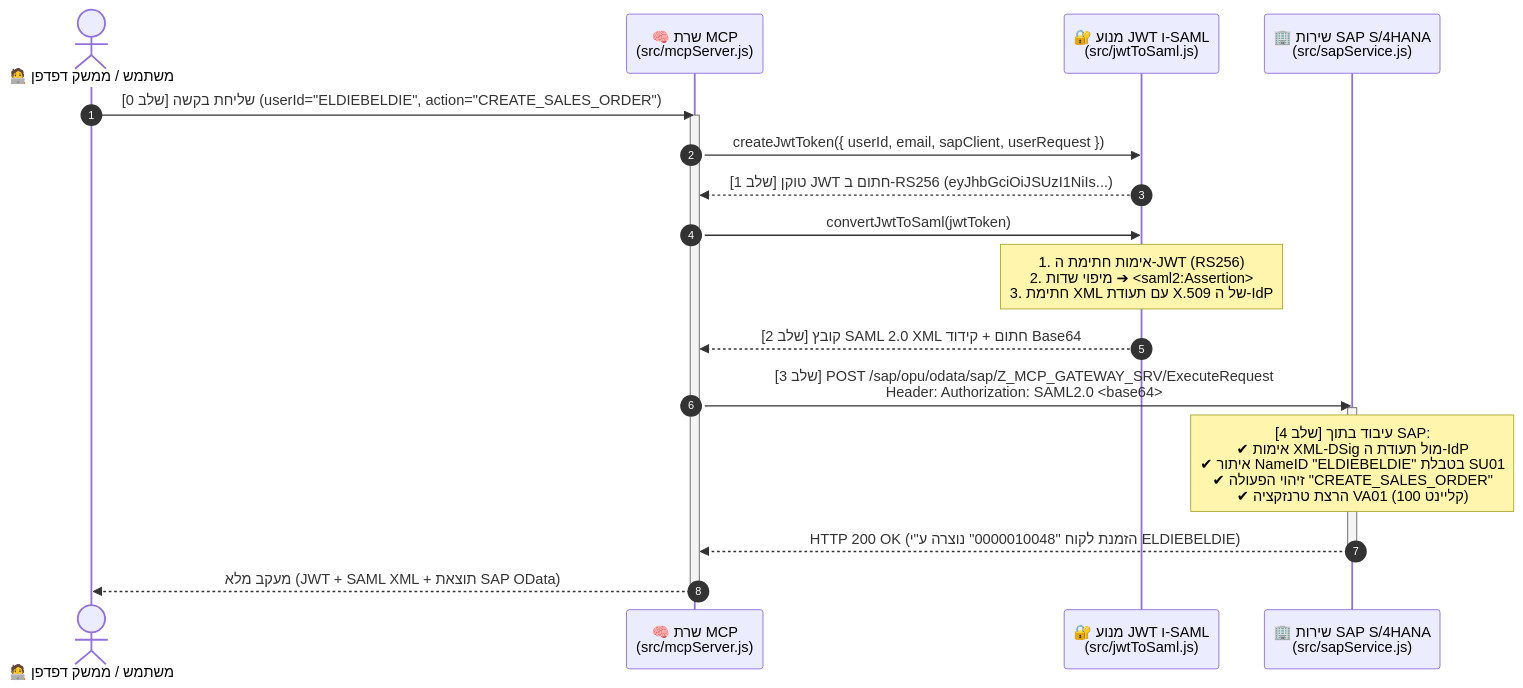
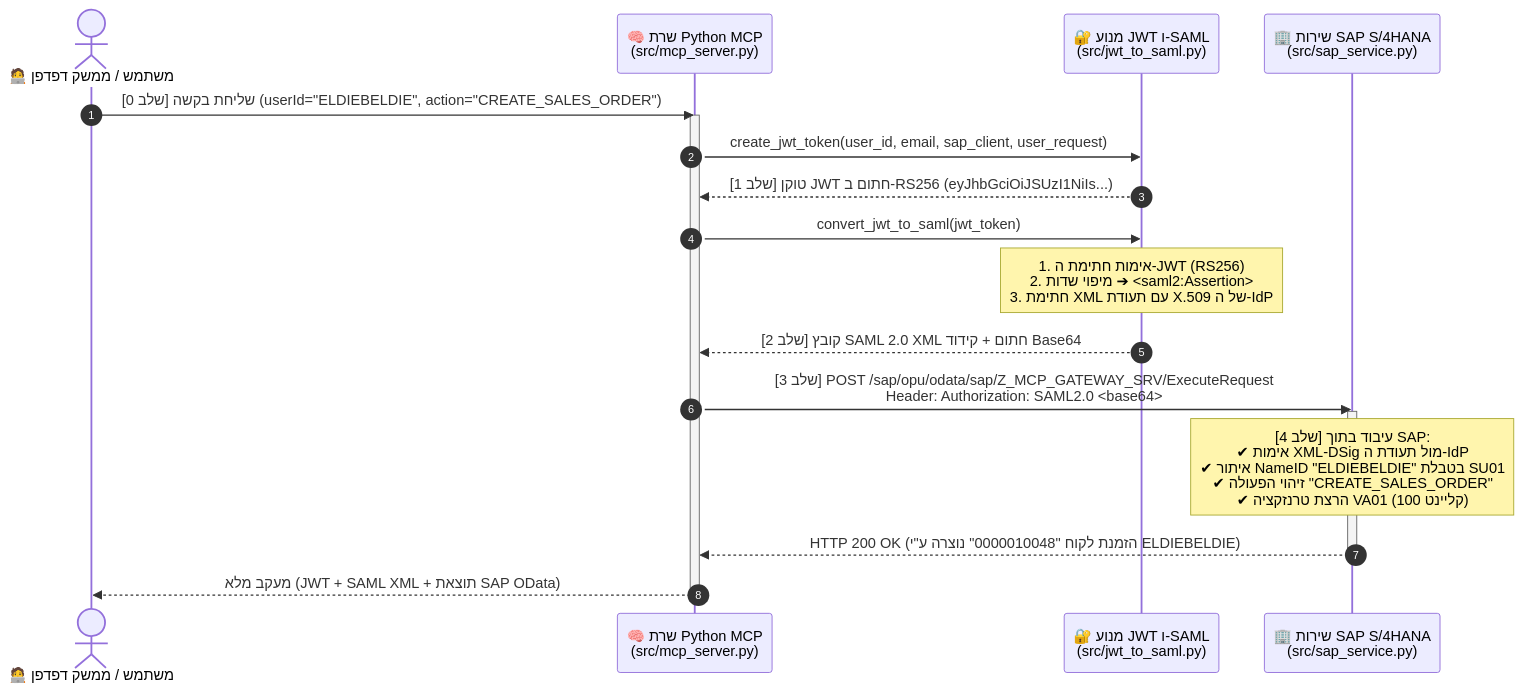
One commit to eldarfundbox/jwttosaml changed the second of 2 diagrams in README.he.md. Above: the diagram before and after it, drawn with Mermaid. The commit also changed other lines of this file and 1 other file, not shown here.

Commit message:
docs: update English and Hebrew READMEs for Python runtime and FastAPI stack

````diff
--- a/README.he.md
+++ b/README.he.md
@@ -90,26 +91,26 @@
 ```mermaid
 sequenceDiagram
     autonumber
     actor User as 🧑‍💻 משתמש / ממשק דפדפן
-    participant MCP as 🧠 שרת MCP<br/>(src/mcpServer.js)
-    participant Crypto as 🔐 מנוע JWT ו-SAML<br/>(src/jwtToSaml.js)
-    participant SAP as 🏢 שירות SAP S/4HANA<br/>(src/sapService.js)
+    participant MCP as 🧠 שרת Python MCP<br/>(src/mcp_server.py)
+    participant Crypto as 🔐 מנוע JWT ו-SAML<br/>(src/jwt_to_saml.py)
+    participant SAP as 🏢 שירות SAP S/4HANA<br/>(src/sap_service.py)
 
     User->>MCP: [שלב 0] שליחת בקשה (userId="ELDIEBELDIE", action="CREATE_SALES_ORDER")
     activate MCP
-    MCP->>Crypto: createJwtToken({ userId, email, sapClient, userRequest })
+    MCP->>Crypto: create_jwt_token(user_id, email, sap_client, user_request)
     Crypto-->>MCP: [שלב 1] טוקן JWT חתום ב-RS256 (eyJhbGciOiJSUzI1NiIs...)
 
-    MCP->>Crypto: convertJwtToSaml(jwtToken)
+    MCP->>Crypto: convert_jwt_to_saml(jwt_token)
     Note over Crypto: 1. אימות חתימת ה-JWT (RS256)<br/>2. מיפוי שדות ➔ <saml2:Assertion><br/>3. חתימת XML עם תעודת X.509 של ה-IdP
     Crypto-->>MCP: [שלב 2] קובץ SAML 2.0 XML חתום + קידוד Base64
 
     MCP->>SAP: [שלב 3] POST /sap/opu/odata/sap/Z_MCP_GATEWAY_SRV/ExecuteRequest<br/>Header: Authorization: SAML2.0 <base64>
     activate SAP
     Note over SAP: [שלב 4] עיבוד בתוך SAP:<br/>✔ אימות XML-DSig מול תעודת ה-IdP<br/>✔ איתור NameID "ELDIEBELDIE" בטבלת SU01<br/>✔ זיהוי הפעולה "CREATE_SALES_ORDER"<br/>✔ הרצת טרנזקציה VA01 (קליינט 100)
     SAP-->>MCP: HTTP 200 OK (הזמנת לקוח "0000010048" נוצרה ע"י ELDIEBELDIE)
     deactivate SAP
 
     MCP-->>User: מעקב מלא (JWT + SAML XML + תוצאת SAP OData)
     deactivate MCP
 ```
````
